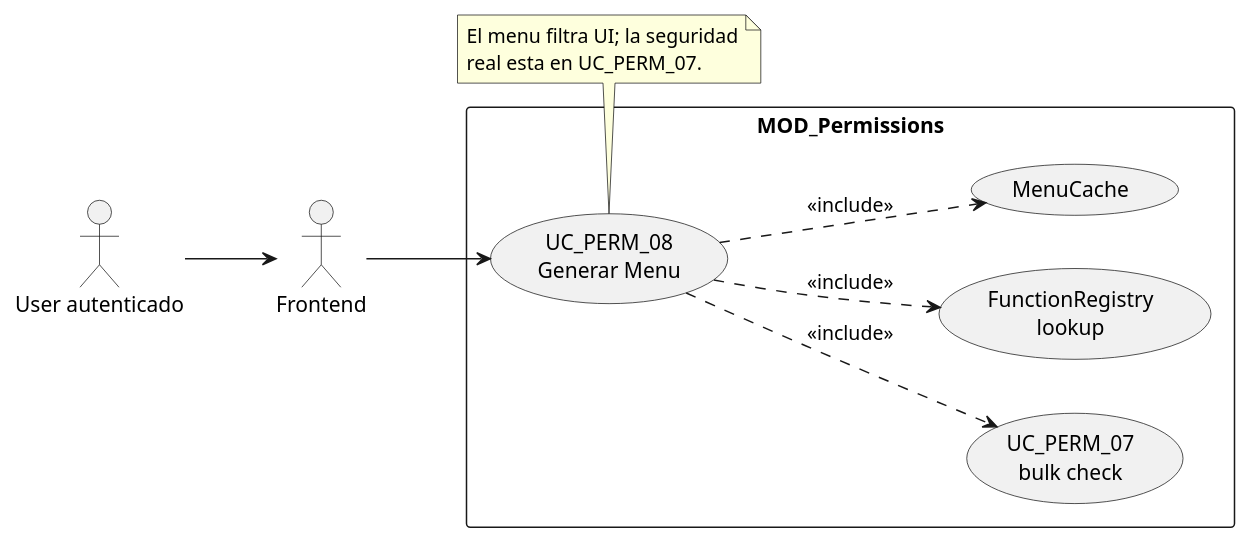
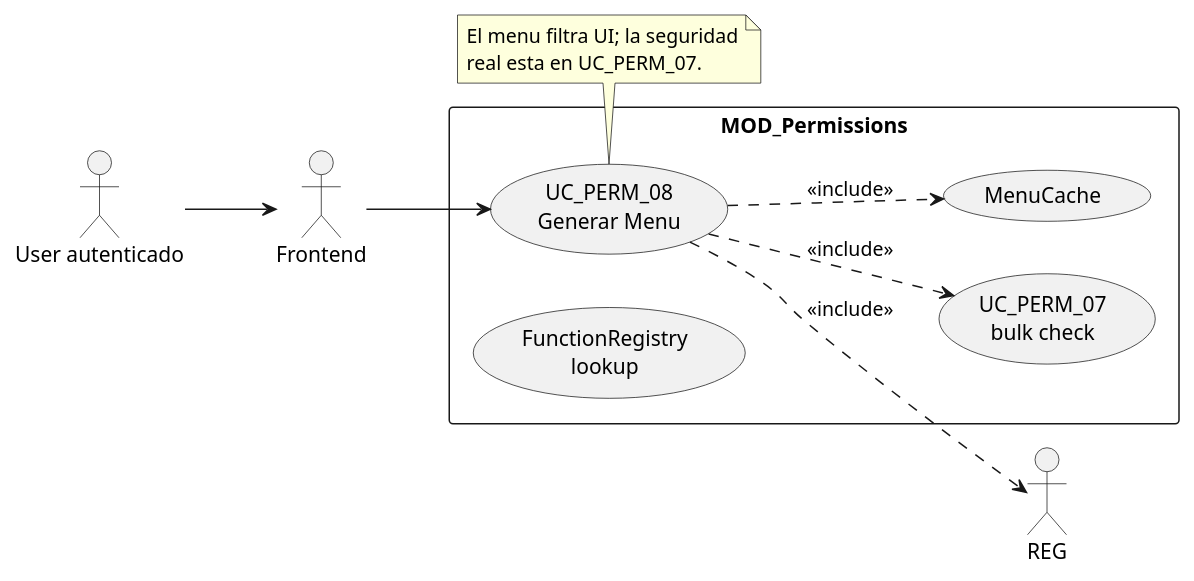
One commit to jcg-admin/IACT-docs changed the diagram in source/requisitos/casos-uso/permissions/uc-perm-08/diagramas-uml/diagrama-de-caso-de-uso.rst. Above: the diagram before and after it, drawn with PlantUML. The commit also changed 47 other files, not shown here.

First line of the commit message:
Fix cryptic PlantUML aliases in UC and architecture files (STD_011)

```diff
--- a/source/requisitos/casos-uso/permissions/uc-perm-08/diagramas-uml/diagrama-de-caso-de-uso.rst
+++ b/source/requisitos/casos-uso/permissions/uc-perm-08/diagramas-uml/diagrama-de-caso-de-uso.rst
@@ -4,28 +4,28 @@
 .. uml::
  :caption: UC_PERM_08 — generar menu
 
  @startuml
  left to right direction
 
  actor "User autenticado" as UserAutenticado
  actor "Frontend" as Frontend
 
  rectangle "MOD_Permissions" {
    usecase "UC_PERM_08\nGenerar Menu" as UC08
    usecase "UC_PERM_07\nbulk check" as UC07
-   usecase "FunctionRegistry\nlookup" as REG
+   usecase "FunctionRegistry\nlookup" as RegistroFunciones
    usecase "MenuCache" as MenuCache
  }
 
  UserAutenticado --> Frontend
  Frontend --> UC08
  UC08 ..> UC07 : <<include>>
  UC08 ..> REG : <<include>>
  UC08 ..> MenuCache : <<include>>
 
  note bottom of UC08
    El menu filtra UI; la seguridad
    real esta en UC_PERM_07.
  end note
 
  @enduml
```
